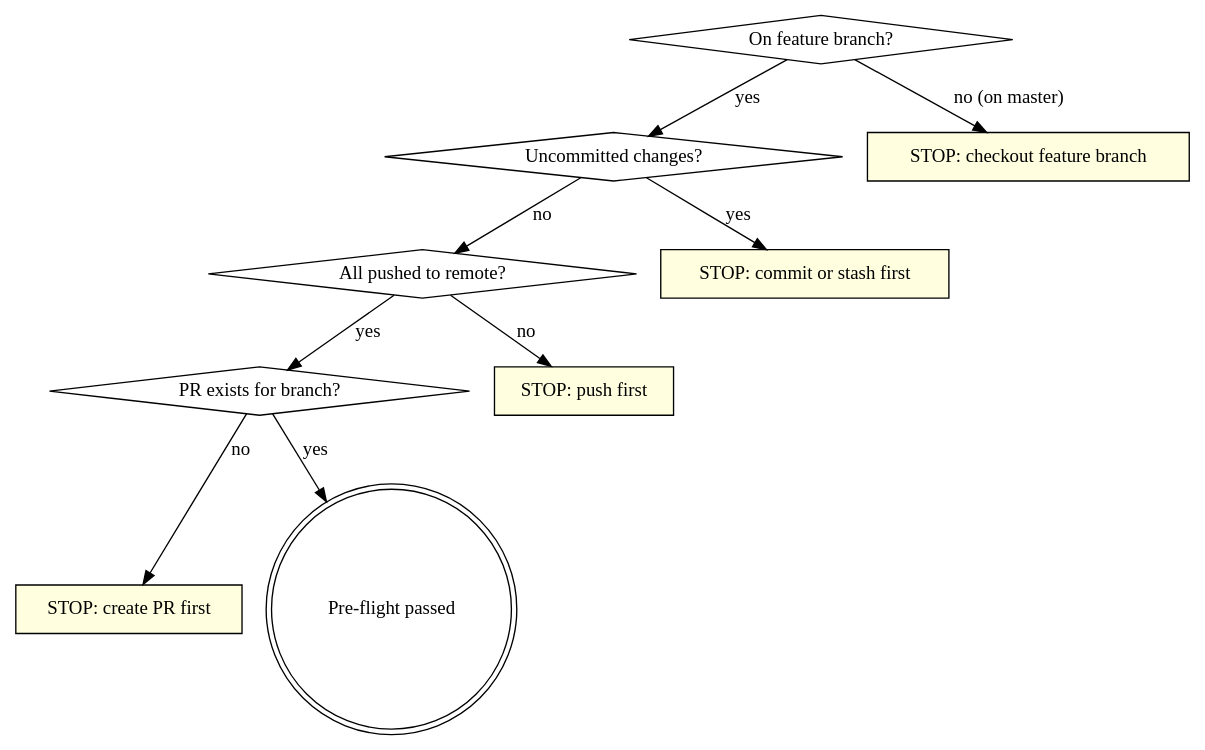
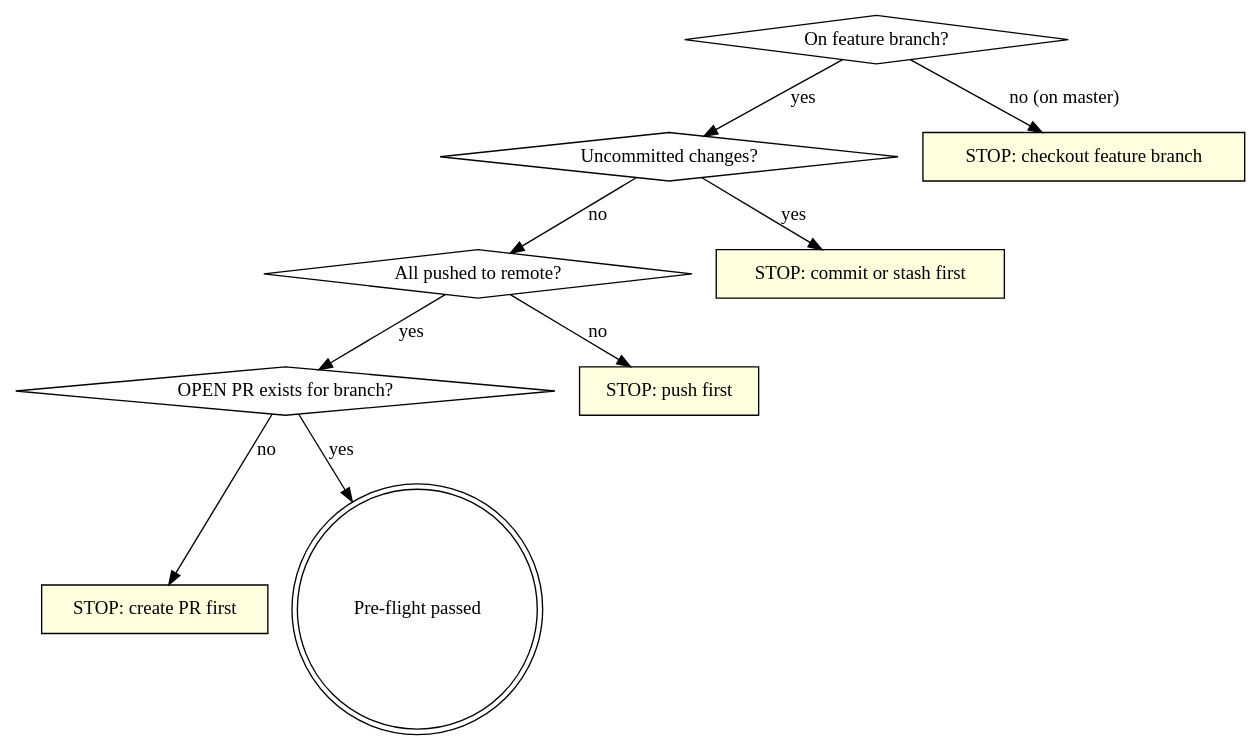
Before and after one commit to the-another/multi-brand-global-styles: the diagram in .claude/skills/deploy-plugin/SKILL.md, drawn with Graphviz. The commit also changed other lines of this file, not shown here.

Commit message:
fix(skill): require open PR, pin CI run to HEAD sha, validate arg, exact base ref, commit trailer

````diff
--- a/.claude/skills/deploy-plugin/SKILL.md
+++ b/.claude/skills/deploy-plugin/SKILL.md
@@ -47,22 +47,22 @@
 ```dot
 digraph preflight {
     "On feature branch?" [shape=diamond];
     "Uncommitted changes?" [shape=diamond];
     "All pushed to remote?" [shape=diamond];
-    "PR exists for branch?" [shape=diamond];
+    "OPEN PR exists for branch?" [shape=diamond];
     "STOP: commit or stash first" [shape=box style=filled fillcolor=lightyellow];
     "STOP: push first" [shape=box style=filled fillcolor=lightyellow];
     "STOP: create PR first" [shape=box style=filled fillcolor=lightyellow];
     "STOP: checkout feature branch" [shape=box style=filled fillcolor=lightyellow];
     "Pre-flight passed" [shape=doublecircle];
 
     "On feature branch?" -> "STOP: checkout feature branch" [label="no (on master)"];
     "On feature branch?" -> "Uncommitted changes?" [label="yes"];
     "Uncommitted changes?" -> "STOP: commit or stash first" [label="yes"];
     "Uncommitted changes?" -> "All pushed to remote?" [label="no"];
     "All pushed to remote?" -> "STOP: push first" [label="no"];
-    "All pushed to remote?" -> "PR exists for branch?" [label="yes"];
-    "PR exists for branch?" -> "Pre-flight passed" [label="yes"];
-    "PR exists for branch?" -> "STOP: create PR first" [label="no"];
+    "All pushed to remote?" -> "OPEN PR exists for branch?" [label="yes"];
+    "OPEN PR exists for branch?" -> "Pre-flight passed" [label="yes"];
+    "OPEN PR exists for branch?" -> "STOP: create PR first" [label="no"];
 }
 ```
````
